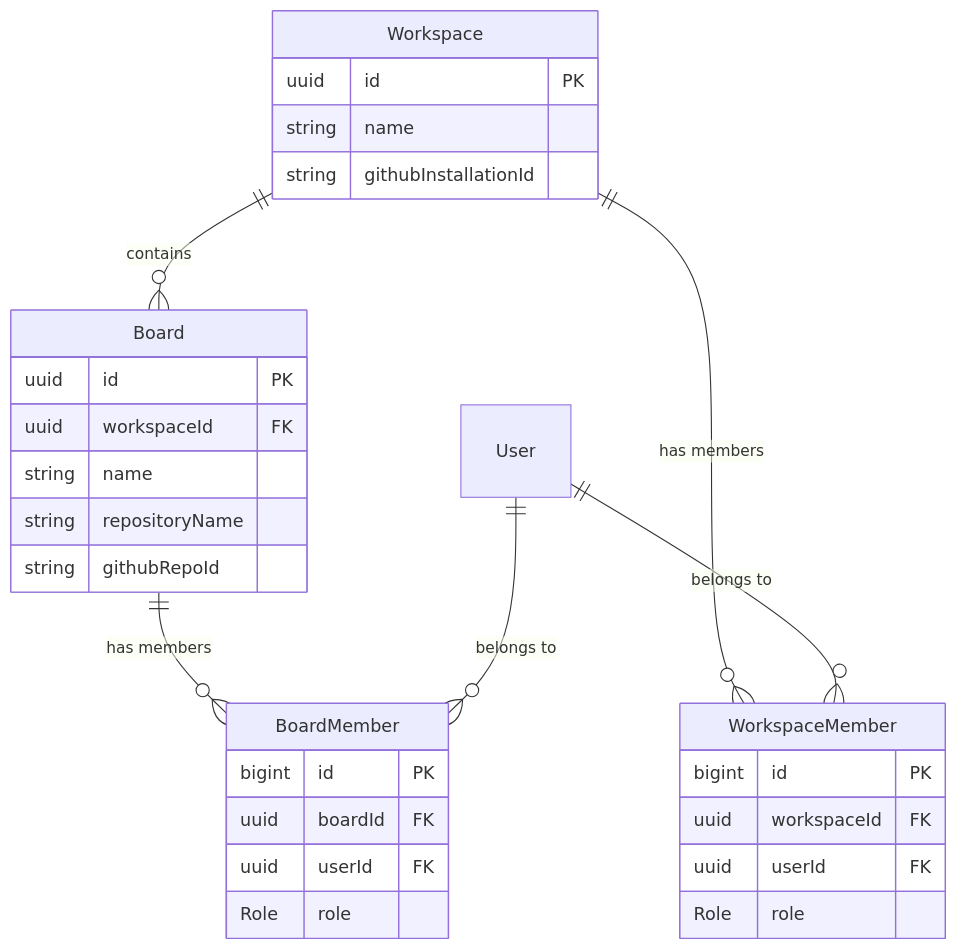
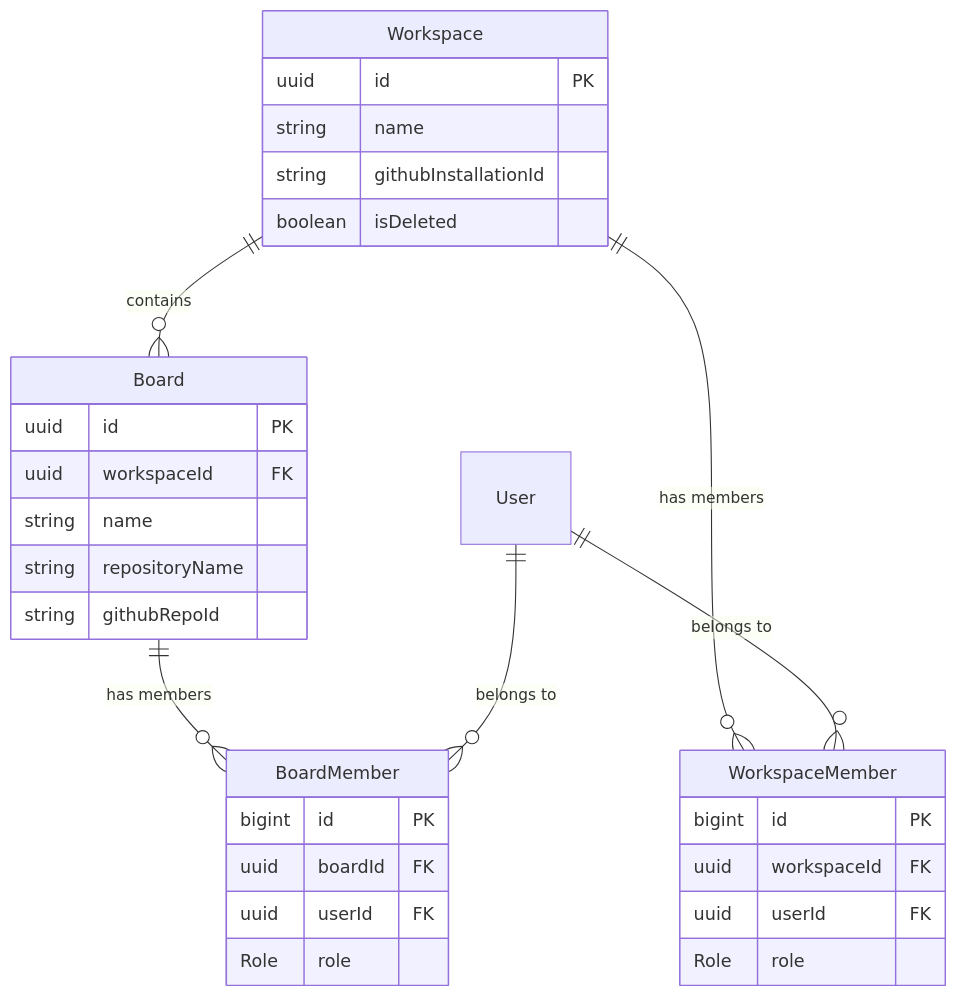
One commit to mmoehabb/syncopate changed the second of 4 diagrams in docs/ERD.md. Above: the diagram before and after it, drawn with Mermaid. The commit also changed 16 other files, not shown here.

````diff
--- a/docs/ERD.md
+++ b/docs/ERD.md
@@ -43,33 +43,34 @@
 ```mermaid
 erDiagram
     Workspace ||--o{ Board : "contains"
     Workspace ||--o{ WorkspaceMember : "has members"
     User ||--o{ WorkspaceMember : "belongs to"
     Board ||--o{ BoardMember : "has members"
     User ||--o{ BoardMember : "belongs to"
 
     Workspace {
         uuid id PK
         string name
         string githubInstallationId
+        boolean isDeleted
     }
     Board {
         uuid id PK
         uuid workspaceId FK
         string name
         string repositoryName
         string githubRepoId
     }
     WorkspaceMember {
         bigint id PK
         uuid workspaceId FK
         uuid userId FK
         Role role
     }
     BoardMember {
         bigint id PK
         uuid boardId FK
         uuid userId FK
         Role role
     }
 ```
````
